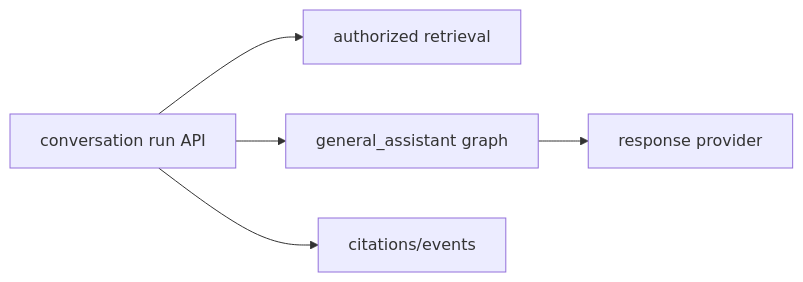
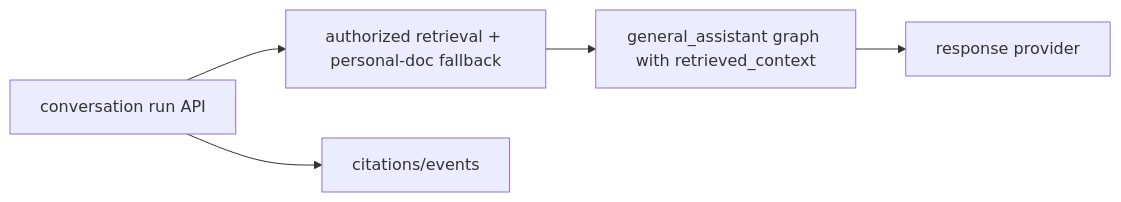
The second of 2 diagrams in my_agents/agents/general_assistant/README.en.md (heecheon92/my-agents), drawn with Mermaid before and after one commit. The commit also changed other lines of this file and 18 other files, not shown here.

````diff
--- a/my_agents/agents/general_assistant/README.en.md
+++ b/my_agents/agents/general_assistant/README.en.md
@@ -66,7 +68,7 @@
 ```mermaid
 flowchart LR
-    RunAPI["conversation run API"] --> Retrieval["authorized retrieval"]
-    RunAPI --> Graph["general_assistant graph"]
+    RunAPI["conversation run API"] --> Retrieval["authorized retrieval + personal-doc fallback"]
+    Retrieval --> Graph["general_assistant graph with retrieved_context"]
     RunAPI --> Citations["citations/events"]
     Graph --> Provider["response provider"]
 ```
````
